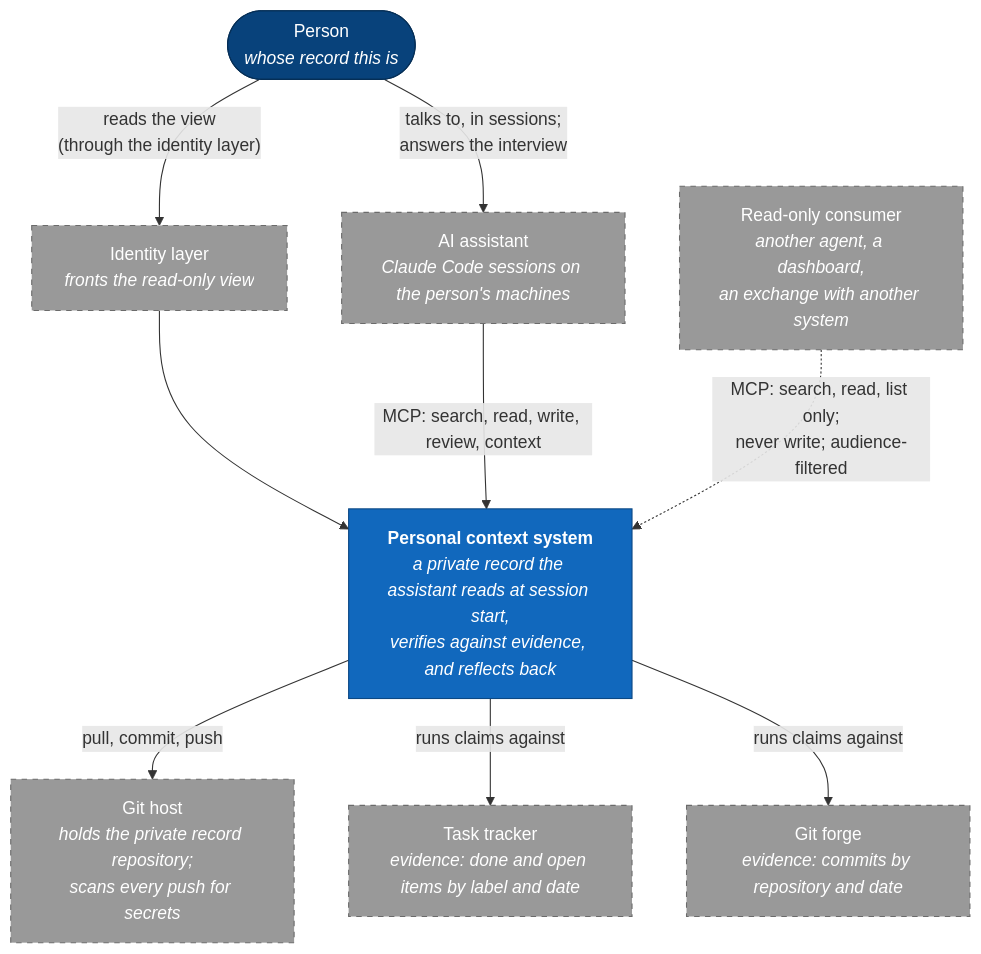
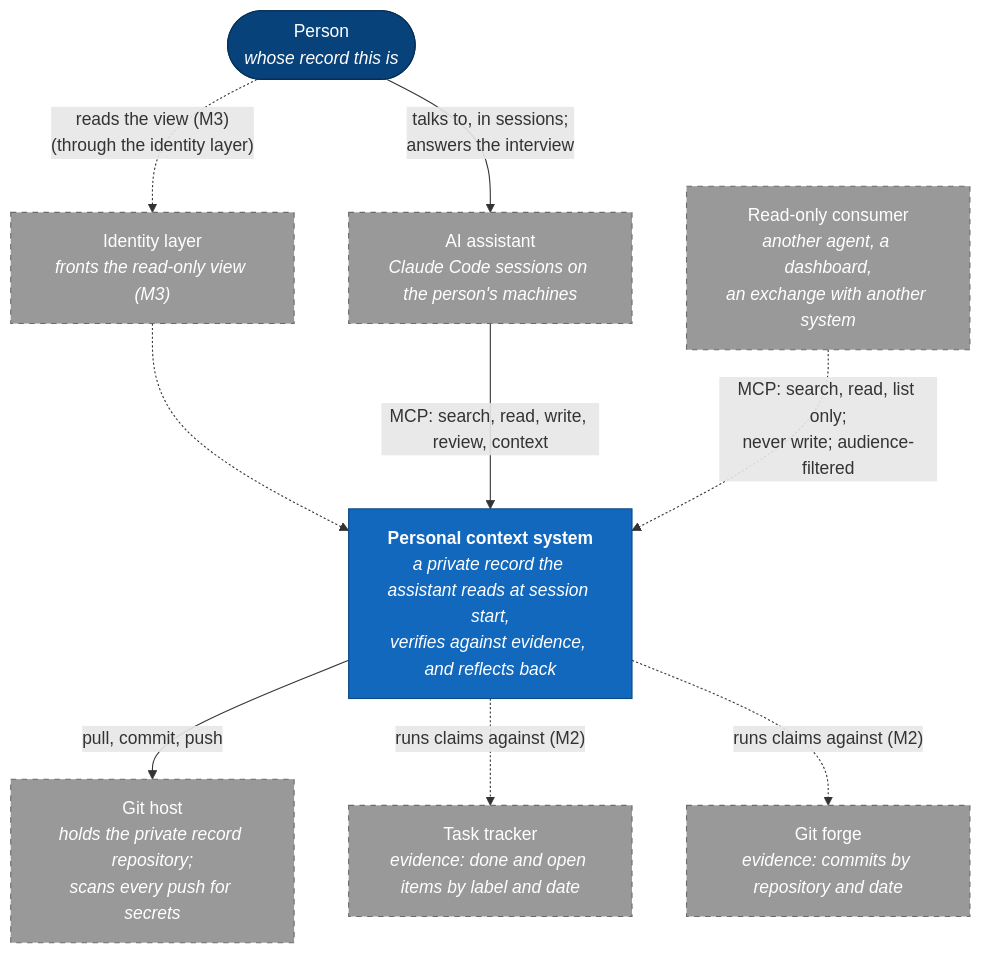
Before and after one commit to allanschon/brabeus: the first of 4 diagrams in docs/personal-context-system-c4.md, drawn with Mermaid. The commit also changed other lines of this file and 3 other files, not shown here.

First line of the commit message:
Tag the C4 diagrams by milestone and update the other documents to v1.7

````diff
--- a/docs/personal-context-system-c4.md
+++ b/docs/personal-context-system-c4.md
@@ -26,27 +27,27 @@
 ```mermaid
 flowchart TB
     person(["Person<br/><i>whose record this is</i>"])
     assistant["AI assistant<br/><i>Claude Code sessions on the person's machines</i>"]
     system["<b>Personal context system</b><br/><i>a private record the assistant reads at session start,<br/>verifies against evidence, and reflects back</i>"]
     githost["Git host<br/><i>holds the private record repository;<br/>scans every push for secrets</i>"]
     tracker["Task tracker<br/><i>evidence: done and open items by label and date</i>"]
     forge["Git forge<br/><i>evidence: commits by repository and date</i>"]
-    idp["Identity layer<br/><i>fronts the read-only view</i>"]
+    idp["Identity layer<br/><i>fronts the read-only view (M3)</i>"]
     consumer["Read-only consumer<br/><i>another agent, a dashboard,<br/>an exchange with another system</i>"]
 
     person -- "talks to, in sessions;<br/>answers the interview" --> assistant
-    person -- "reads the view<br/>(through the identity layer)" --> idp
-    idp --> system
+    person -. "reads the view (M3)<br/>(through the identity layer)" .-> idp
+    idp -.-> system
     assistant -- "MCP: search, read, write, review, context" --> system
     consumer -. "MCP: search, read, list only;<br/>never write; audience-filtered" .-> system
     system -- "pull, commit, push" --> githost
-    system -- "runs claims against" --> tracker
-    system -- "runs claims against" --> forge
+    system -. "runs claims against (M2)" .-> tracker
+    system -. "runs claims against (M2)" .-> forge
 
     classDef person fill:#08427b,stroke:#052e56,color:#fff
     classDef system fill:#1168bd,stroke:#0b4884,color:#fff
     classDef ext fill:#999,stroke:#6b6b6b,color:#fff,stroke-dasharray:5 5
     class person person
     class system system
     class assistant,githost,tracker,forge,idp,consumer ext
 ```
````
